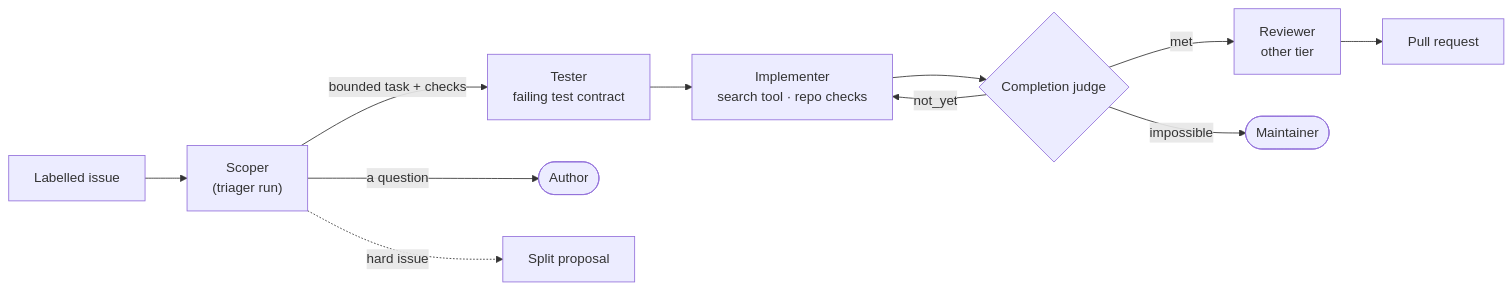
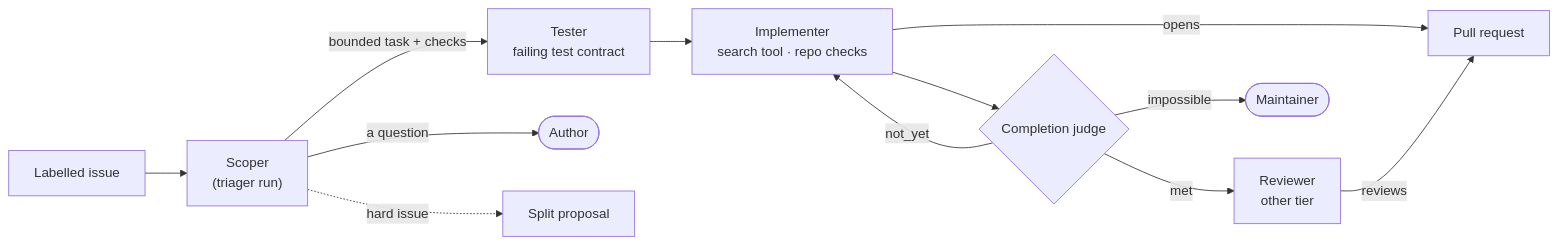
Before and after one commit to Smana/ai-native-ref: the diagram in website/content/docs/platform/ai-platform/agents/roles.md, drawn with Mermaid. The commit also changed other lines of this file and 20 other files, not shown here.

````diff
--- a/website/content/docs/platform/ai-platform/agents/roles.md
+++ b/website/content/docs/platform/ai-platform/agents/roles.md
@@ -12,13 +12,14 @@
 ```mermaid
 flowchart LR
   issue["Labelled issue"] --> scoper["Scoper<br/>(triager run)"]
   scoper -->|"bounded task + checks"| tester["Tester<br/>failing test contract"]
   scoper -->|"a question"| author(["Author"])
   scoper -.->|"hard issue"| split["Split proposal"]
   tester --> impl["Implementer<br/>search tool · repo checks"]
+  impl -->|"opens"| pr["Pull request"]
   impl --> judge{"Completion judge"}
   judge -->|"not_yet"| impl
   judge -->|"met"| reviewer["Reviewer<br/>other tier"]
   judge -->|"impossible"| human(["Maintainer"])
-  reviewer --> pr["Pull request"]
+  reviewer -->|"reviews"| pr
 ```
````
